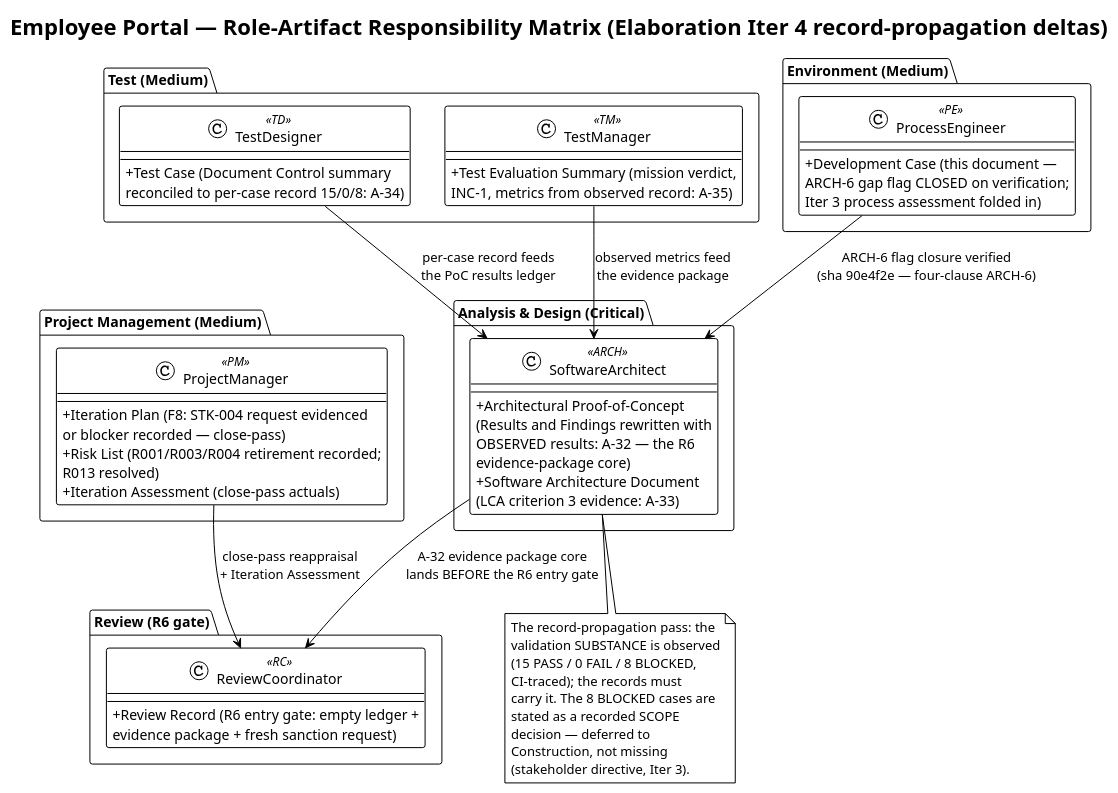
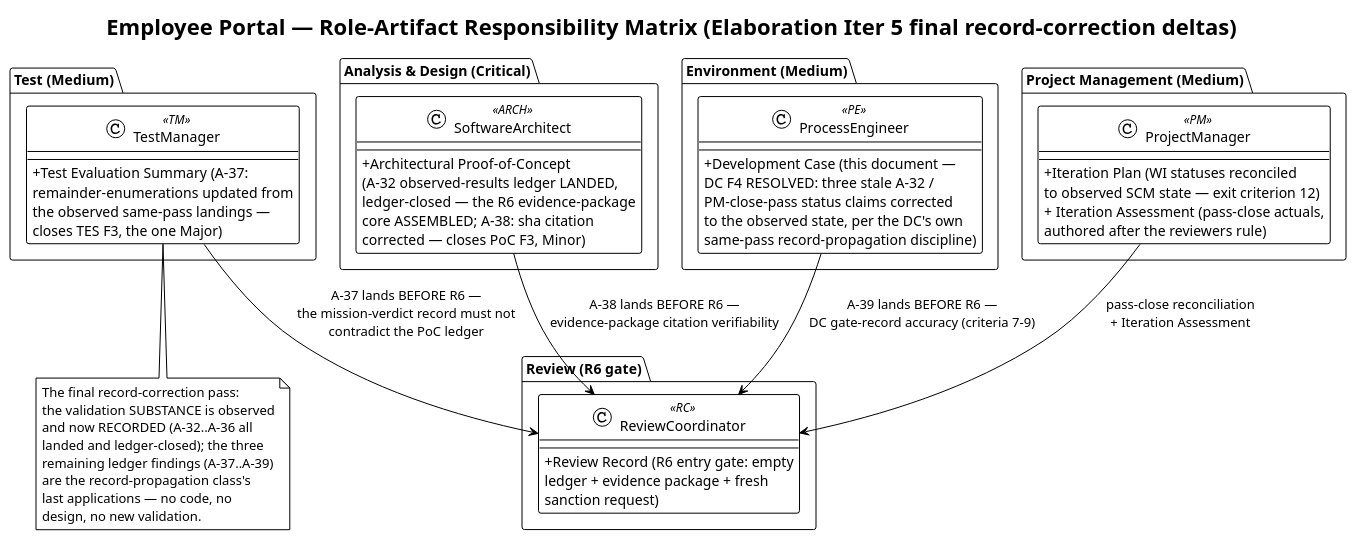
Before and after one commit to banense-test/employee-portal: the third of 4 diagrams in docs/artifacts/environment/development-case.md, drawn with PlantUML. The commit also changed other lines of this file, not shown here.

Commit message:
Process Engineer [E5]: upsert Development Case
[skip ci]

````diff
--- a/docs/artifacts/environment/development-case.md
+++ b/docs/artifacts/environment/development-case.md
@@ -205,62 +204,54 @@
 ```plantuml
 @startuml
 !theme plain
-title Employee Portal — Role-Artifact Responsibility Matrix (Elaboration Iter 4 record-propagation deltas)
+title Employee Portal — Role-Artifact Responsibility Matrix (Elaboration Iter 5 final record-correction deltas)
 
 skinparam classAttributeIconSize 0
 
-package "Analysis & Design (Critical)" {
-  class SoftwareArchitect <<ARCH>> {
-    + Architectural Proof-of-Concept\n(Results and Findings rewritten with\nOBSERVED results: A-32 — the R6\nevidence-package core)
-    + Software Architecture Document\n(LCA criterion 3 evidence: A-33)
+package "Test (Medium)" {
+  class TestManager <<TM>> {
+    + Test Evaluation Summary (A-37:\nremainder-enumerations updated from\nthe observed same-pass landings —\ncloses TES F3, the one Major)
   }
 }
 
-package "Test (Medium)" {
-  class TestDesigner <<TD>> {
-    + Test Case (Document Control summary\nreconciled to per-case record 15/0/8: A-34)
+package "Analysis & Design (Critical)" {
+  class SoftwareArchitect <<ARCH>> {
+    + Architectural Proof-of-Concept\n(A-32 observed-results ledger LANDED,\nledger-closed — the R6 evidence-package\ncore ASSEMBLED; A-38: sha citation\ncorrected — closes PoC F3, Minor)
   }
-  class TestManager <<TM>> {
-    + Test Evaluation Summary (mission verdict,\nINC-1, metrics from observed record: A-35)
+}
+
+package "Environment (Medium)" {
+  class ProcessEngineer <<PE>> {
+    + Development Case (this document —\nDC F4 RESOLVED: three stale A-32 /\nPM-close-pass status claims corrected\nto the observed state, per the DC's own\nsame-pass record-propagation discipline)
   }
 }
 
 package "Project Management (Medium)" {
   class ProjectManager <<PM>> {
-    + Iteration Plan (F8: STK-004 request evidenced\nor blocker recorded — close-pass)
-    + Risk List (R001/R003/R004 retirement recorded;\nR013 resolved)
-    + Iteration Assessment (close-pass actuals)
-  }
-}
-
-package "Environment (Medium)" {
-  class ProcessEngineer <<PE>> {
-    + Development Case (this document —\nARCH-6 gap flag CLOSED on verification;\nIter 3 process assessment folded in)
+    + Iteration Plan (WI statuses reconciled\nto observed SCM state — exit criterion 12)\n+ Iteration Assessment (pass-close actuals,\nauthored after the reviewers rule)
   }
 }
 
 package "Review (R6 gate)" {
   class ReviewCoordinator <<RC>> {
-    + Review Record (R6 entry gate: empty ledger +\nevidence package + fresh sanction request)
+    + Review Record (R6 entry gate: empty\nledger + evidence package + fresh\nsanction request)
   }
 }
 
-SoftwareArchitect --> ReviewCoordinator : A-32 evidence package core\nlands BEFORE the R6 entry gate
-TestDesigner --> SoftwareArchitect : per-case record feeds\nthe PoC results ledger
-TestManager --> SoftwareArchitect : observed metrics feed\nthe evidence package
-ProjectManager --> ReviewCoordinator : close-pass reappraisal\n+ Iteration Assessment
-ProcessEngineer --> SoftwareArchitect : ARCH-6 flag closure verified\n(sha 90e4f2e — four-clause ARCH-6)
+TestManager --> ReviewCoordinator : A-37 lands BEFORE R6 —\nthe mission-verdict record must not\ncontradict the PoC ledger
+SoftwareArchitect --> ReviewCoordinator : A-38 lands BEFORE R6 —\nevidence-package citation verifiability
+ProcessEngineer --> ReviewCoordinator : A-39 lands BEFORE R6 —\nDC gate-record accuracy (criteria 7-9)
+ProjectManager --> ReviewCoordinator : pass-close reconciliation\n+ Iteration Assessment
 
-note bottom of SoftwareArchitect
-  The record-propagation pass: the
-  validation SUBSTANCE is observed
-  (15 PASS / 0 FAIL / 8 BLOCKED,
-  CI-traced); the records must
-  carry it. The 8 BLOCKED cases are
-  stated as a recorded SCOPE
-  decision — deferred to
-  Construction, not missing
-  (stakeholder directive, Iter 3).
+note bottom of TestManager
+  The final record-correction pass:
+  the validation SUBSTANCE is observed
+  and now RECORDED (A-32..A-36 all
+  landed and ledger-closed); the three
+  remaining ledger findings (A-37..A-39)
+  are the record-propagation class's
+  last applications — no code, no
+  design, no new validation.
 end note
 @enduml
 ```
````
